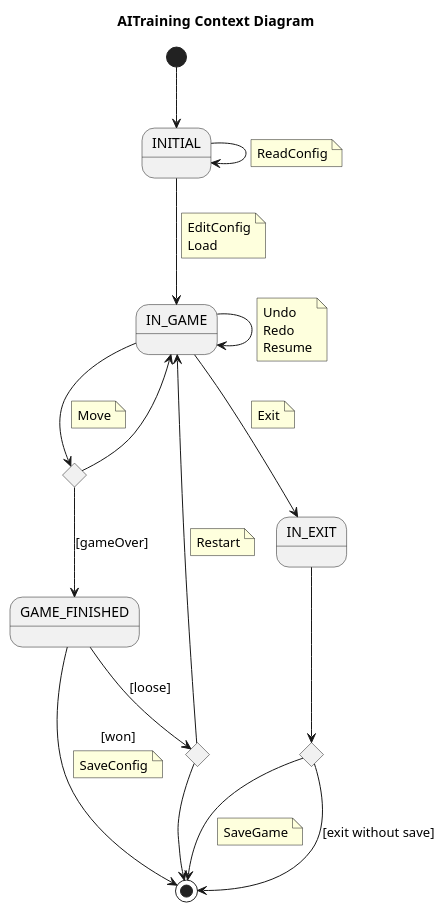
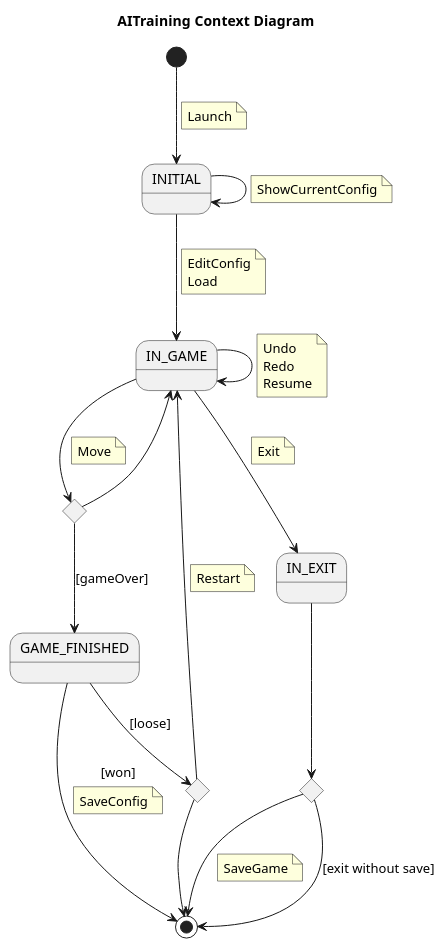
One commit to Master-Desarrollo-20-21/patrones-diseno---practica-final---juego-de-las-damas-fraylopez changed the diagram in docs/src/use-cases/context/ai-training-context.plantuml. Above: the diagram before and after it, drawn with PlantUML. The commit also changed 6 other files, not shown here.

Commit message:
update on diagrams

```diff
--- a/docs/src/use-cases/context/ai-training-context.plantuml
+++ b/docs/src/use-cases/context/ai-training-context.plantuml
@@ -1,64 +1,66 @@
 @startuml AITrainingContextDiagram
 title AITraining Context Diagram
 state INITIAL
 state IN_GAME
 state GAME_FINISHED
 state IF <<choice>>
 state IF2 <<choice>>
 state IF3 <<choice>>
-' state IF4 <<choice>>
 
 [*] --> INITIAL
+note on link
+    Launch
+end note
 
 INITIAL --> INITIAL
     note on link
-        ReadConfig
+        ShowCurrentConfig
     end note
 
 INITIAL --> IN_GAME
     note on link
         EditConfig
         Load
     end note
 IN_GAME --> IN_GAME
     note on link
         Undo
         Redo
         Resume
     end note
 
 IN_GAME --> IF3
     note on link
         Move
     end note
 
 IF3 --> IN_GAME
 IF3 --> GAME_FINISHED : [gameOver]
 
 IN_EXIT -->IF
 IF -->[*]
     note on link
         SaveGame
     end note
 
 IF --> [*] : [exit without save]
 
 IN_GAME -->IN_EXIT
     note on link
         Exit
     end note
 
 GAME_FINISHED --> IF2 : [loose]
 
 IF2 --> IN_GAME
     note on link
         Restart
     end note
 
 GAME_FINISHED --> [*] : [won]
     note on link
         SaveConfig
     end note
 IF2 --> [*]
 
 @enduml
```
